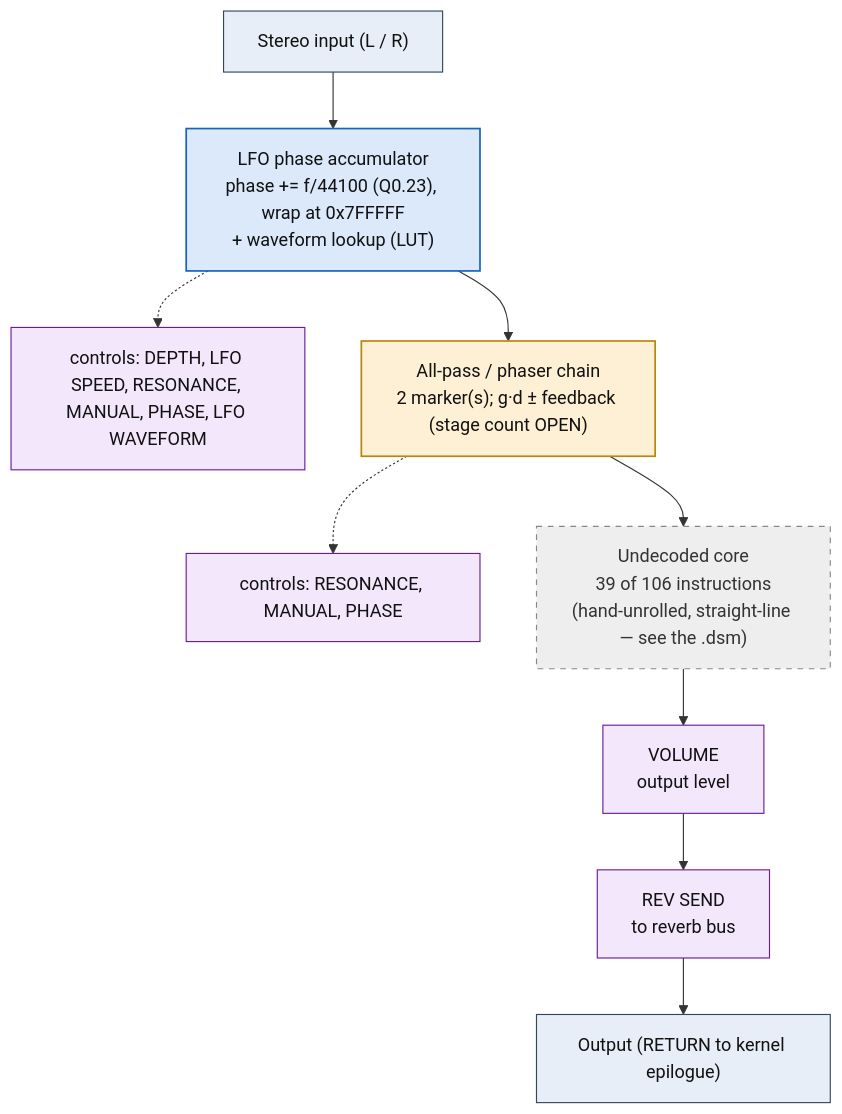
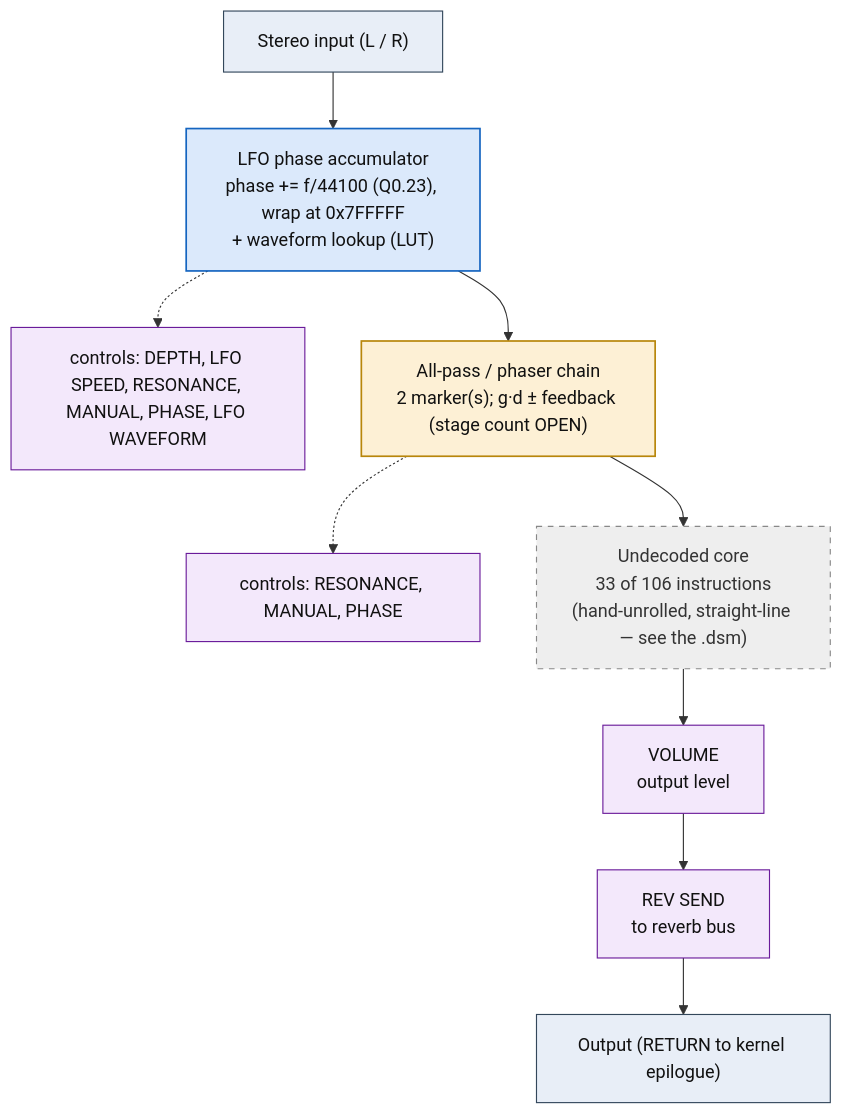
One commit to ArqueologiaDigital/kn5000-roms-disasm changed the diagram in dsp/flowcharts/prog05_phaser.md. Above: the diagram before and after it, drawn with Mermaid. The commit also changed other lines of this file and 78 other files, not shown here.

````diff
--- a/dsp/flowcharts/prog05_phaser.md
+++ b/dsp/flowcharts/prog05_phaser.md
@@ -12,32 +12,32 @@
 ```mermaid
 flowchart TD
     N0["Stereo input (L / R)"]
     N1["LFO phase accumulator<br/>phase += f/44100 (Q0.23), wrap at 0x7FFFFF<br/>+ waveform lookup (LUT)"]
     N0 --> N1
     N2["controls: DEPTH, LFO SPEED, RESONANCE, MANUAL, PHASE, LFO WAVEFORM"]
     N1 -.-> N2
     N3["All-pass / phaser chain<br/>2 marker(s); g&middot;d &plusmn; feedback (stage count OPEN)"]
     N1 --> N3
     N4["controls: RESONANCE, MANUAL, PHASE"]
     N3 -.-> N4
-    N5["Undecoded core<br/>39 of 106 instructions<br/>(hand-unrolled, straight-line &mdash; see the .dsm)"]
+    N5["Undecoded core<br/>33 of 106 instructions<br/>(hand-unrolled, straight-line &mdash; see the .dsm)"]
     N3 --> N5
     N6["VOLUME<br/>output level"]
     N5 --> N6
     N7["REV SEND<br/>to reverb bus"]
     N6 --> N7
     N8["Output (RETURN to kernel epilogue)"]
     N7 --> N8
 
     classDef io fill:#e8eef7,stroke:#33475b,stroke-width:1px,color:#111;
     classDef proven fill:#d7f0d7,stroke:#2e7d32,stroke-width:2px,color:#111;
     classDef measured fill:#dbe9fb,stroke:#1565c0,stroke-width:1.5px,color:#111;
     classDef inferred fill:#fdf0d5,stroke:#b8860b,stroke-width:1.5px,color:#111;
     classDef open fill:#eeeeee,stroke:#888,stroke-width:1px,color:#333,stroke-dasharray:5 5;
     classDef ctrl fill:#f3e8fb,stroke:#6a1b9a,stroke-width:1px,color:#111;
     class N0,N8 io;
     class N1 measured;
     class N2,N4,N6,N7 ctrl;
     class N3 inferred;
     class N5 open;
 ```
````
